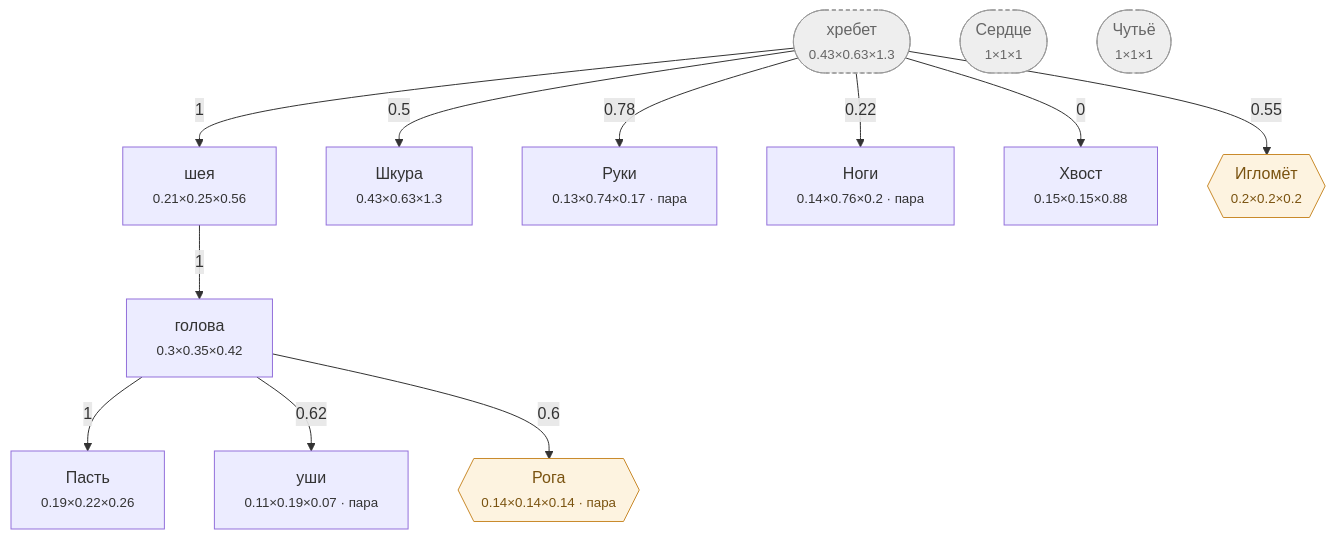
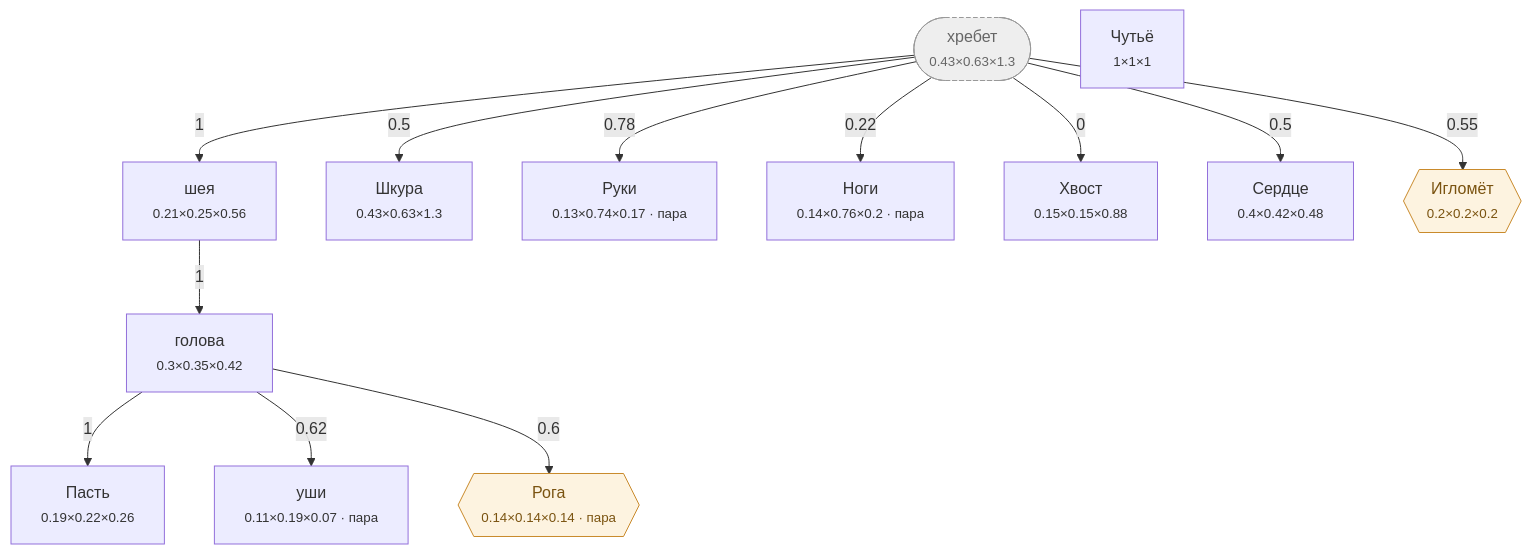
The diagram in Docs/Диаграммы/Волк.md (darklordshish/ChimeraEvolution-2026-06-26_15-29-59), drawn with Mermaid before and after one commit. The commit also changed other lines of this file and 10 other files, not shown here.

````diff
--- a/Docs/Диаграммы/Волк.md
+++ b/Docs/Диаграммы/Волк.md
@@ -21,33 +21,34 @@
 ```mermaid
 flowchart TD
     n0(["хребет<br/><small>0.43×0.63×1.3</small>"])
     n1["голова<br/><small>0.3×0.35×0.42</small>"]
     n2["Пасть<br/><small>0.19×0.22×0.26</small>"]
     n3["уши<br/><small>0.11×0.19×0.07 · пара</small>"]
     n4["шея<br/><small>0.21×0.25×0.56</small>"]
     n5["Шкура<br/><small>0.43×0.63×1.3</small>"]
     n6["Руки<br/><small>0.13×0.74×0.17 · пара</small>"]
     n7["Ноги<br/><small>0.14×0.76×0.2 · пара</small>"]
     n8["Хвост<br/><small>0.15×0.15×0.88</small>"]
-    n9(["Сердце<br/><small>1×1×1</small>"])
-    n10(["Чутьё<br/><small>1×1×1</small>"])
+    n9["Сердце<br/><small>0.4×0.42×0.48</small>"]
+    n10["Чутьё<br/><small>1×1×1</small>"]
     n11{{"Рога<br/><small>0.14×0.14×0.14 · пара</small>"}}
     n12{{"Игломёт<br/><small>0.2×0.2×0.2</small>"}}
 
     n4 -->|1| n1
     n1 -->|1| n2
     n1 -->|0.62| n3
     n0 -->|1| n4
     n0 -->|0.5| n5
     n0 -->|0.78| n6
     n0 -->|0.22| n7
     n0 -->|0| n8
+    n0 -->|0.5| n9
     n1 -->|0.6| n11
     n0 -->|0.55| n12
 
     classDef hid fill:#eee,stroke:#999,stroke-dasharray:4 3,color:#666
     classDef gr fill:#fdf3e0,stroke:#c98a2b,color:#7a5310
     classDef ch fill:#e8f2ff,stroke:#3b74c4,color:#1c3f70
-    class n0,n9,n10 hid
+    class n0 hid
     class n11,n12 gr
 ```
````
